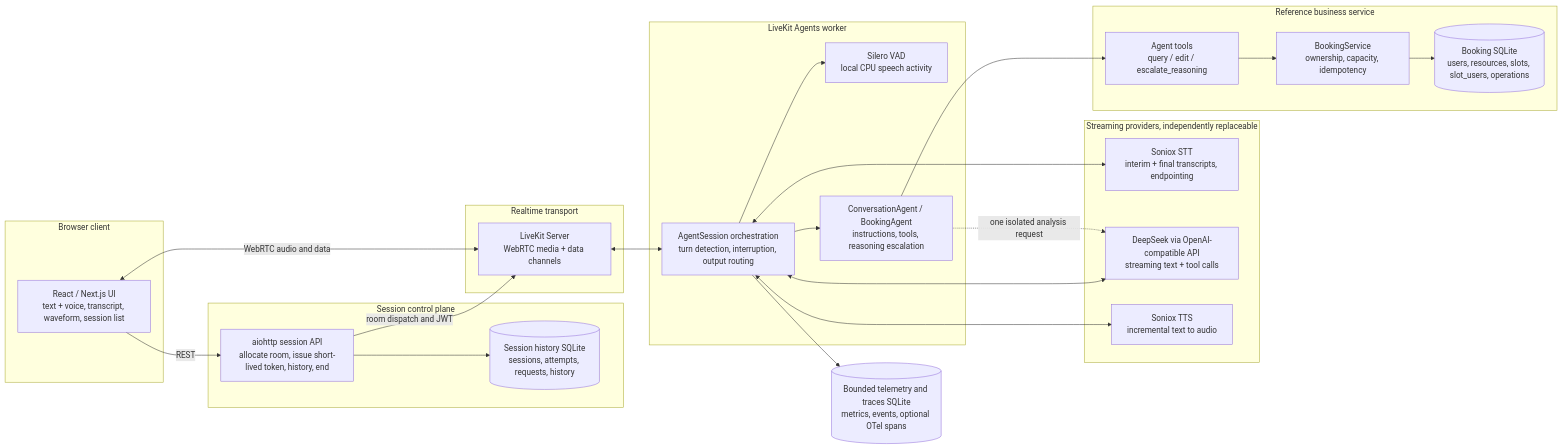
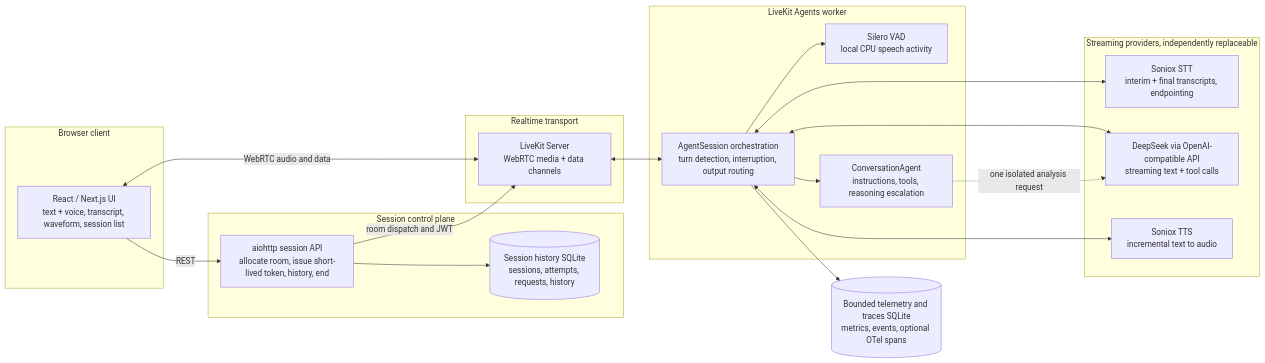
Before and after one commit to ParrotG/OpenTalk: the diagram in README.md, drawn with Mermaid. The commit also changed other lines of this file and 55 other files, not shown here.

Commit message:
remove mock booking service

````diff
--- a/README.md
+++ b/README.md
@@ -101,51 +80,42 @@
 ```mermaid
 flowchart LR
     subgraph Client["Browser client"]
         UI["React / Next.js UI<br/>text + voice, transcript, waveform, session list"]
     end
 
     subgraph Control["Session control plane"]
         API["aiohttp session API<br/>allocate room, issue short-lived token, history, end"]
         SDB[("Session history SQLite<br/>sessions, attempts, requests, history")]
     end
 
     subgraph Transport["Realtime transport"]
         LK["LiveKit Server<br/>WebRTC media + data channels"]
     end
 
     subgraph Runtime["LiveKit Agents worker"]
         AS["AgentSession orchestration<br/>turn detection, interruption, output routing"]
         VAD["Silero VAD<br/>local CPU speech activity"]
-        AG["ConversationAgent / BookingAgent<br/>instructions, tools, reasoning escalation"]
+        AG["ConversationAgent<br/>instructions, tools, reasoning escalation"]
     end
 
     subgraph Providers["Streaming providers, independently replaceable"]
         STT["Soniox STT<br/>interim + final transcripts, endpointing"]
         LLM["DeepSeek via OpenAI-compatible API<br/>streaming text + tool calls"]
         TTS["Soniox TTS<br/>incremental text to audio"]
-    end
-
-    subgraph Business["Reference business service"]
-        TOOLS["Agent tools<br/>query / edit / escalate_reasoning"]
-        SVC["BookingService<br/>ownership, capacity, idempotency"]
-        BDB[("Booking SQLite<br/>users, resources, slots, slot_users, operations")]
     end
 
     TEL[("Bounded telemetry and traces SQLite<br/>metrics, events, optional OTel spans")]
 
     UI -->|REST| API
     API --> SDB
     API -->|room dispatch and JWT| LK
     UI <-->|WebRTC audio and data| LK
     LK <--> AS
     AS --> VAD
     AS <--> STT
     AS <--> LLM
     AS <--> TTS
     AS --> AG
-    AG --> TOOLS
-    TOOLS --> SVC
-    SVC --> BDB
     AS --> TEL
     AG -.->|one isolated analysis request| LLM
 ```
````
